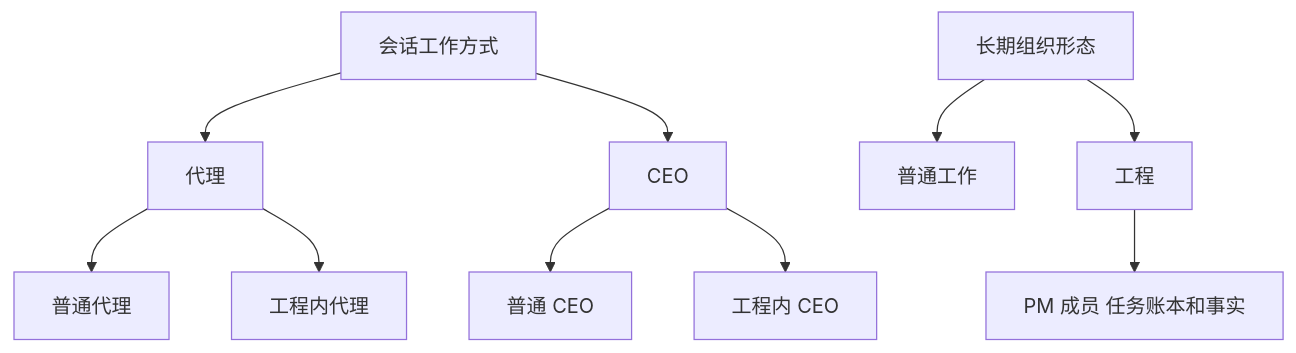
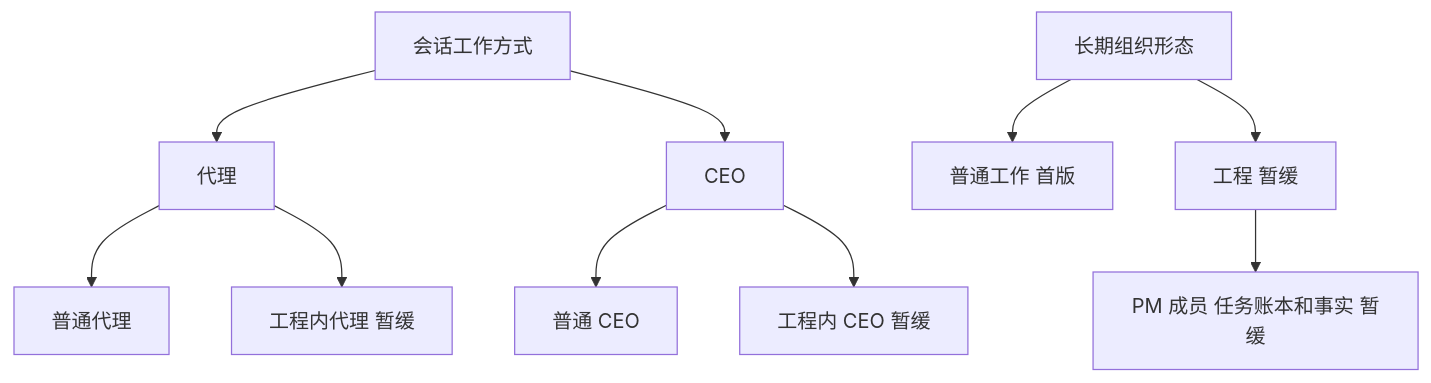
Before and after one commit to liu629711-spec/Magic: the second of 5 diagrams in docs/01-产品/PRD-01-Magic产品总览.md, drawn with Mermaid. The commit also changed other lines of this file and 106 other files, not shown here.

````diff
--- a/docs/01-产品/PRD-01-Magic产品总览.md
+++ b/docs/01-产品/PRD-01-Magic产品总览.md
@@ -75,12 +78,12 @@
 ```mermaid
 flowchart TD
   A[会话工作方式] --> B[代理]
   A --> C[CEO]
-  D[长期组织形态] --> E[普通工作]
-  D --> F[工程]
+  D[长期组织形态] --> E[普通工作 首版]
+  D --> F[工程 暂缓]
   B --> G[普通代理]
-  B --> H[工程内代理]
+  B --> H[工程内代理 暂缓]
   C --> I[普通 CEO]
-  C --> J[工程内 CEO]
-  F --> K[PM 成员 任务账本和事实]
+  C --> J[工程内 CEO 暂缓]
+  F --> K[PM 成员 任务账本和事实 暂缓]
 ```
````
